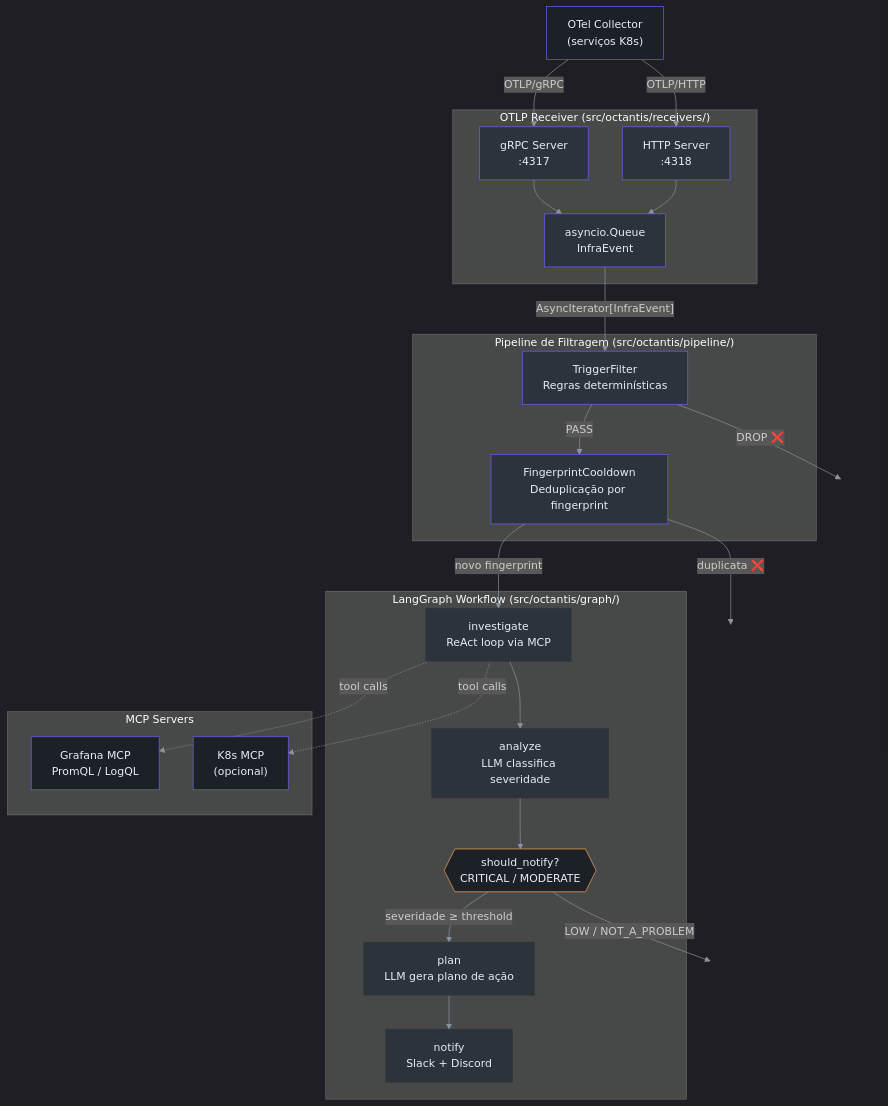
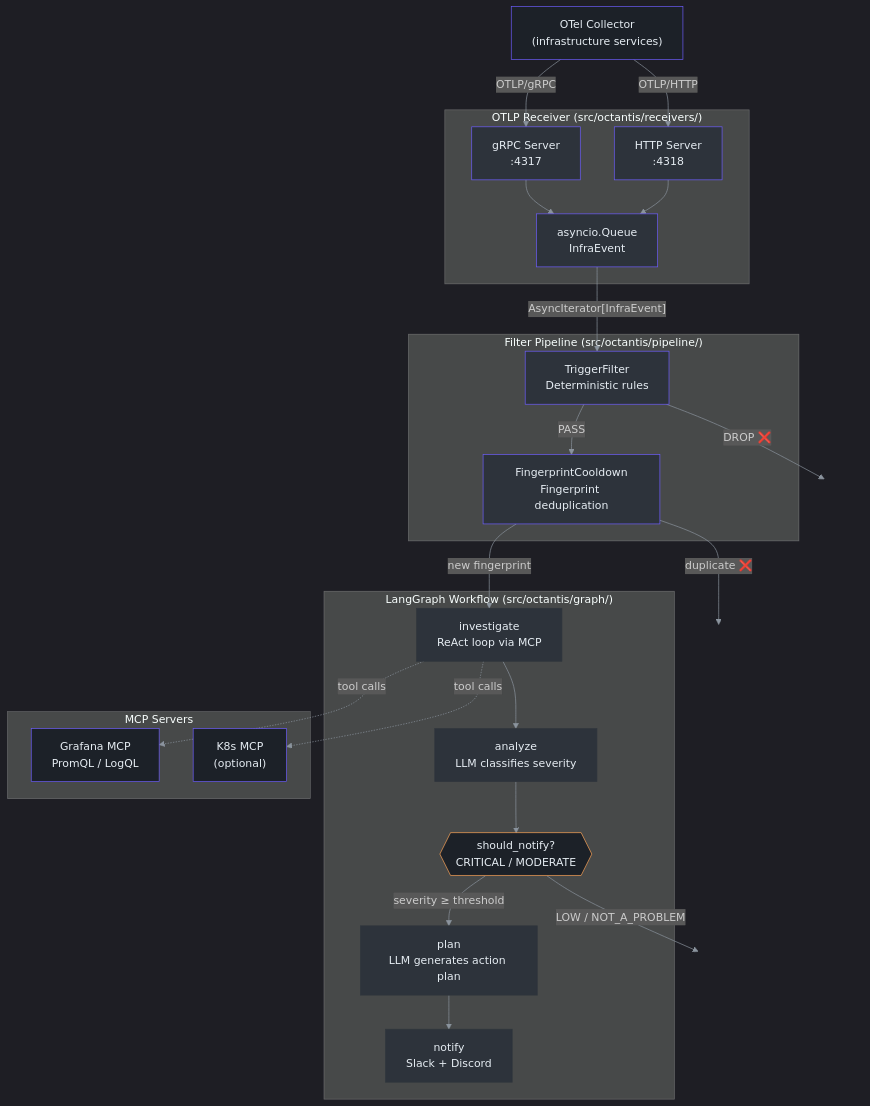
Before and after one commit to Vinny1892/octantis: the first of 2 diagrams in docs/overview.md, drawn with Mermaid. The commit also changed other lines of this file and 5 other files, not shown here.

````diff
--- a/docs/overview.md
+++ b/docs/overview.md
@@ -20,52 +20,52 @@
 ```mermaid
 %%{init: {"theme": "dark", "themeVariables": {"primaryColor": "#2d333b", "primaryBorderColor": "#6d5dfc", "primaryTextColor": "#e6edf3", "lineColor": "#8b949e", "secondaryColor": "#161b22", "tertiaryColor": "#1c2128"}}}%%
 flowchart TD
-    OC["OTel Collector\n(serviços K8s)"]:::ext
+    OC["OTel Collector\n(infrastructure services)"]:::ext
 
     subgraph receiver["OTLP Receiver  (src/octantis/receivers/)"]
         GRPC["gRPC Server\n:4317"]:::pipe
         HTTP["HTTP Server\n:4318"]:::pipe
         QUEUE["asyncio.Queue\nInfraEvent"]:::pipe
     end
 
-    subgraph pipeline["Pipeline de Filtragem  (src/octantis/pipeline/)"]
-        TF["TriggerFilter\nRegras determinísticas"]:::pipe
-        CD["FingerprintCooldown\nDeduplicação por fingerprint"]:::pipe
+    subgraph pipeline["Filter Pipeline  (src/octantis/pipeline/)"]
+        TF["TriggerFilter\nDeterministic rules"]:::pipe
+        CD["FingerprintCooldown\nFingerprint deduplication"]:::pipe
     end
 
     subgraph agent["LangGraph Workflow  (src/octantis/graph/)"]
         INV["investigate\nReAct loop via MCP"]:::node
-        AN["analyze\nLLM classifica severidade"]:::node
+        AN["analyze\nLLM classifies severity"]:::node
         RT{{"should_notify?\nCRITICAL / MODERATE"}}:::cond
-        PL["plan\nLLM gera plano de ação"]:::node
+        PL["plan\nLLM generates action plan"]:::node
         NO["notify\nSlack + Discord"]:::node
     end
 
     subgraph mcp["MCP Servers"]
         GF["Grafana MCP\nPromQL / LogQL"]:::ext
-        K8["K8s MCP\n(opcional)"]:::ext
+        K8["K8s MCP\n(optional)"]:::ext
     end
 
     OC -->|"OTLP/gRPC"| GRPC
     OC -->|"OTLP/HTTP"| HTTP
     GRPC --> QUEUE
     HTTP --> QUEUE
     QUEUE -->|"AsyncIterator[InfraEvent]"| TF
     TF -->|"PASS"| CD
     TF -->|"DROP ❌"| VOID1[" "]:::void
-    CD -->|"novo fingerprint"| INV
-    CD -->|"duplicata ❌"| VOID2[" "]:::void
+    CD -->|"new fingerprint"| INV
+    CD -->|"duplicate ❌"| VOID2[" "]:::void
     INV -.->|"tool calls"| GF
     INV -.->|"tool calls"| K8
     INV --> AN
     AN --> RT
-    RT -->|"severidade ≥ threshold"| PL
+    RT -->|"severity ≥ threshold"| PL
     RT -->|"LOW / NOT_A_PROBLEM"| END1[" "]:::void
     PL --> NO
 
     classDef ext fill:#1c2128,stroke:#6d5dfc,color:#e6edf3
     classDef pipe fill:#2d333b,stroke:#6d5dfc,color:#e6edf3
     classDef node fill:#2d333b,stroke:#30363d,color:#e6edf3
     classDef cond fill:#1c2128,stroke:#ffa657,color:#e6edf3
     classDef void fill:none,stroke:none
 ```
````
